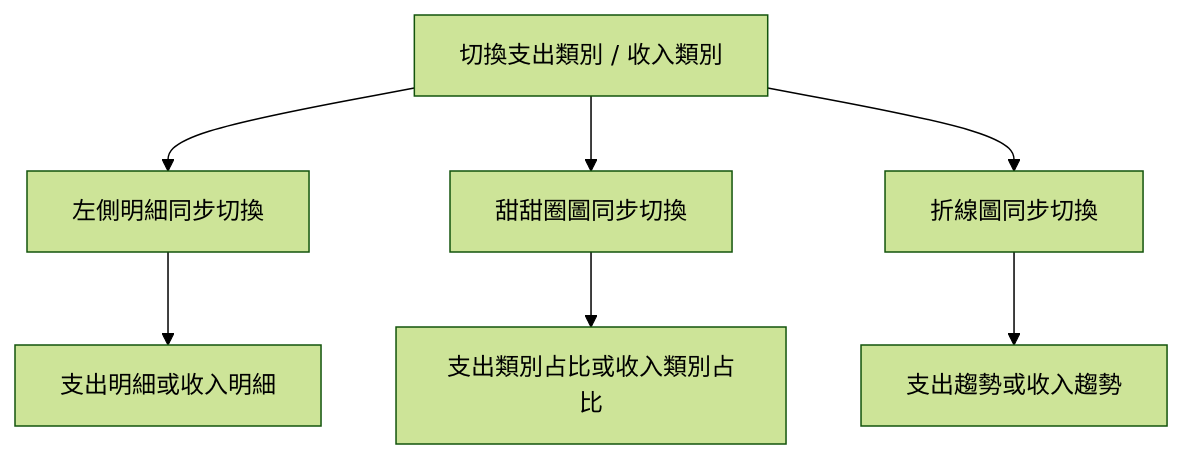
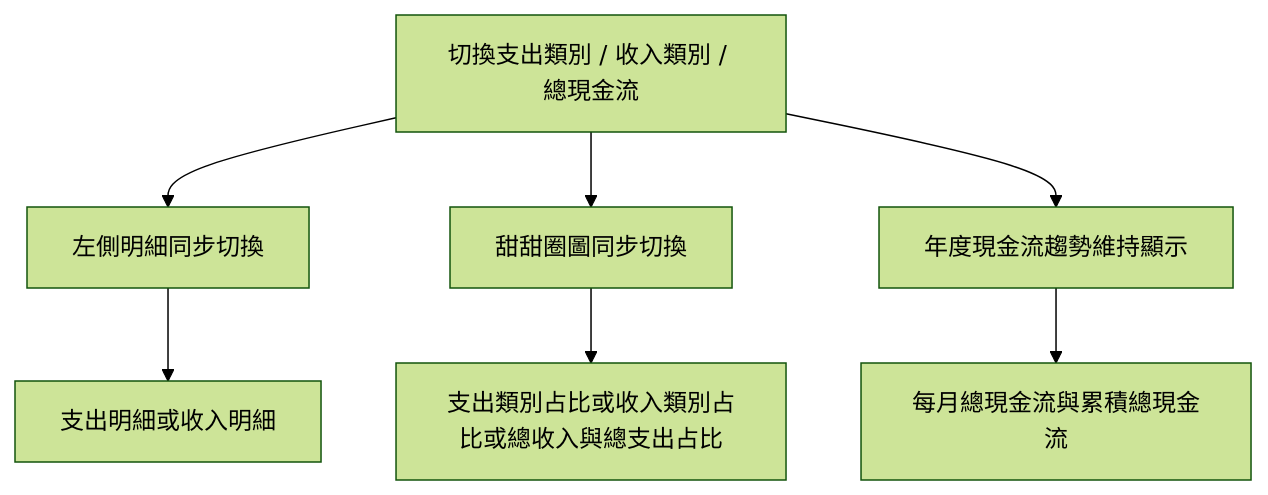
One commit to ivyliu1201/personal-accounting-app changed the seventh of 12 diagrams in FLOW.md. Above: the diagram before and after it, drawn with Mermaid (forest theme). The commit also changed other lines of this file and 3 other files, not shown here.

Commit message:
Document cash flow chart requirements

````diff
--- a/FLOW.md
+++ b/FLOW.md
@@ -81,9 +92,9 @@
 ```mermaid
 flowchart TD
-A[切換支出類別 / 收入類別] --> B[左側明細同步切換]
+A[切換支出類別 / 收入類別 / 總現金流] --> B[左側明細同步切換]
 A --> C[甜甜圈圖同步切換]
-A --> D[折線圖同步切換]
+A --> D[年度現金流趨勢維持顯示]
 B --> E[支出明細或收入明細]
-C --> F[支出類別占比或收入類別占比]
-D --> G[支出趨勢或收入趨勢]
+C --> F[支出類別占比或收入類別占比或總收入與總支出占比]
+D --> G[每月總現金流與累積總現金流]
 ```
````
